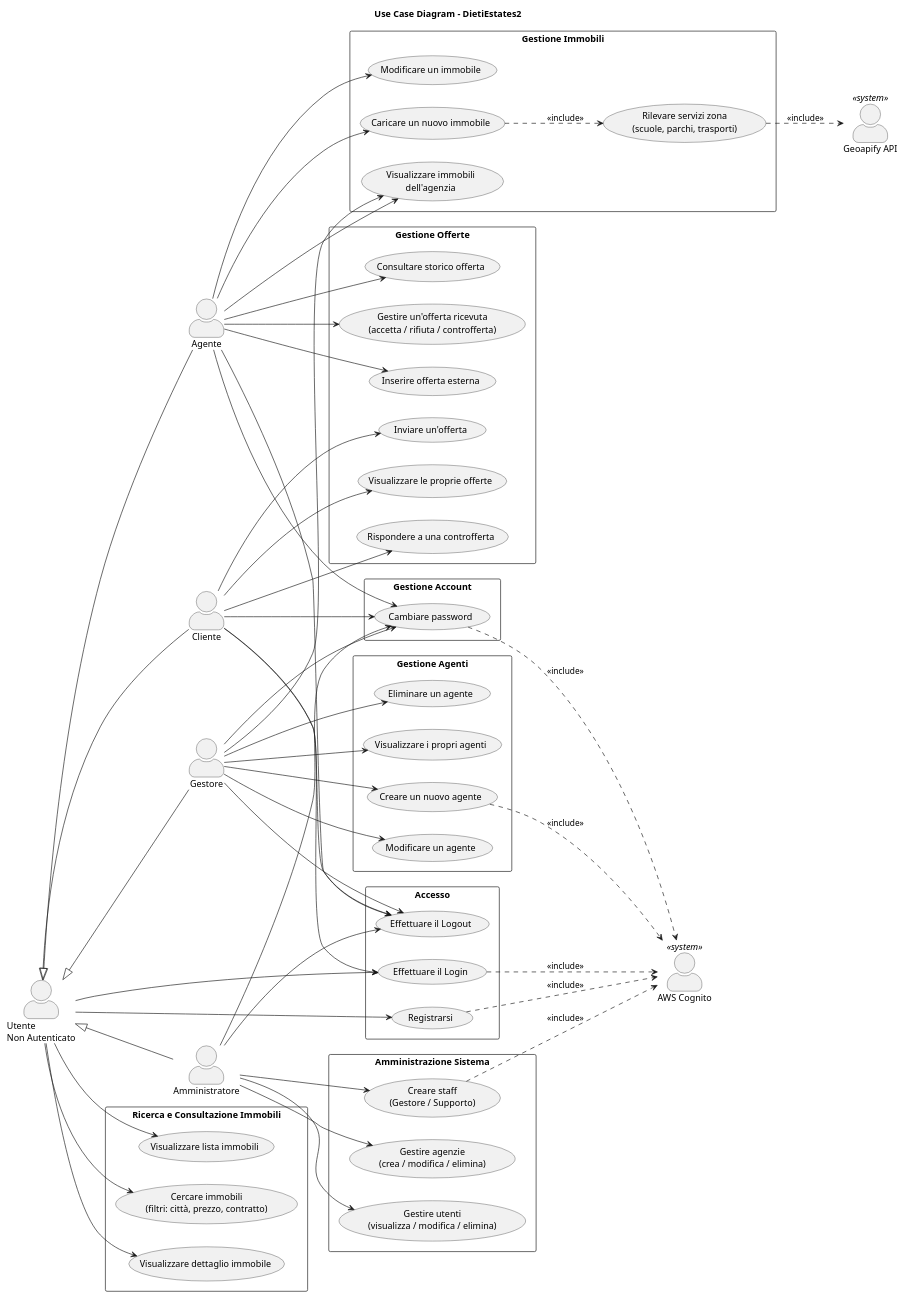
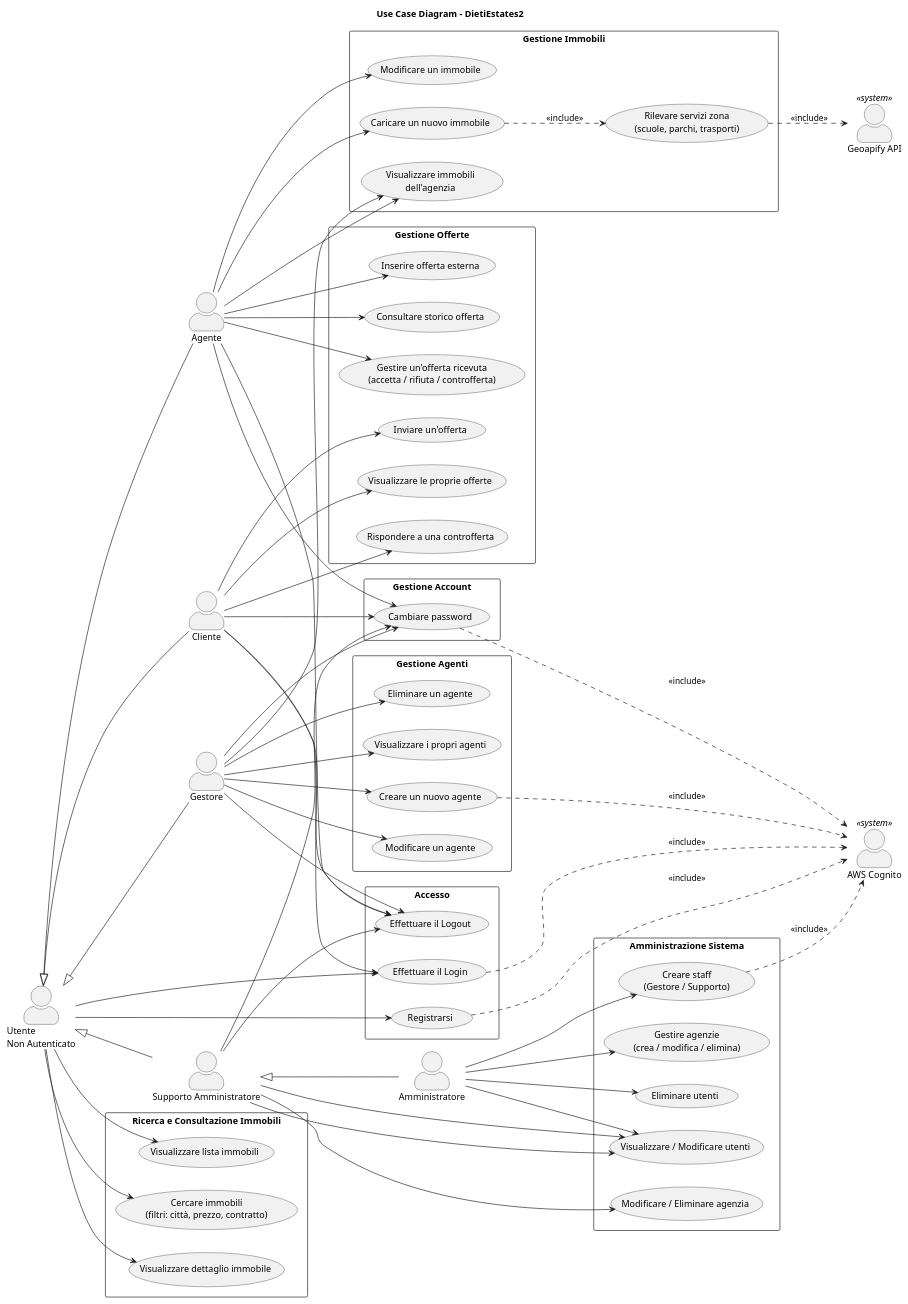
Before and after one commit to Frereri/ProgettoINGSW: the diagram in UML/Use Case Diagram/UC_DietiEstates2.puml, drawn with PlantUML. The commit also changed 99 other files, not shown here.

```diff
--- a/UML/Use Case Diagram/UC_DietiEstates2.puml
+++ b/UML/Use Case Diagram/UC_DietiEstates2.puml
@@ -1,122 +1,132 @@
 @startuml UC_DietiEstates2
 title Use Case Diagram – DietiEstates2
 
 left to right direction
 skinparam packageStyle rectangle
 skinparam actorStyle awesome
 
 actor "Utente\nNon Autenticato" as GUEST
 actor "Cliente" as CLI
 actor "Agente" as AGE
 actor "Gestore" as GES
 actor "Amministratore" as ADM
 actor "AWS Cognito" as COG <<system>>
 actor "Geoapify API" as GEO <<system>>
+actor "Supporto Amministratore" as SPP
 
 ' ─── ACCESSO ──────────────────────────────────────
 rectangle "Accesso" {
     usecase "Registrarsi" as UC_REG
     usecase "Effettuare il Login" as UC_LOGIN
     usecase "Effettuare il Logout" as UC_LOGOUT
 }
 
 ' ─── RICERCA IMMOBILI ─────────────────────────────
 rectangle "Ricerca e Consultazione Immobili" {
     usecase "Visualizzare lista immobili" as UC_LIST
     usecase "Cercare immobili\n(filtri: città, prezzo, contratto)" as UC_SEARCH
     usecase "Visualizzare dettaglio immobile" as UC_DETAIL
 }
 
 ' ─── OFFERTE ──────────────────────────────────────
 rectangle "Gestione Offerte" {
     usecase "Inviare un'offerta" as UC_OFFERTA
     usecase "Visualizzare le proprie offerte" as UC_MY_OFFERTE
     usecase "Rispondere a una controfferta" as UC_RISPOSTA
     usecase "Gestire un'offerta ricevuta\n(accetta / rifiuta / controfferta)" as UC_GESTISCI_OFF
     usecase "Inserire offerta esterna" as UC_OFF_EXT
     usecase "Consultare storico offerta" as UC_STORICO
 }
 
 ' ─── GESTIONE ACCOUNT ─────────────────────────────
 rectangle "Gestione Account" {
     usecase "Cambiare password" as UC_PWD
 }
 
 ' ─── GESTIONE IMMOBILI ────────────────────────────
 rectangle "Gestione Immobili" {
     usecase "Caricare un nuovo immobile" as UC_CARICA
     usecase "Modificare un immobile" as UC_EDIT_IMM
     usecase "Rilevare servizi zona\n(scuole, parchi, trasporti)" as UC_GEO
     usecase "Visualizzare immobili\ndell'agenzia" as UC_IMM_AGE
 }
 
 ' ─── GESTIONE STAFF ───────────────────────────────
 rectangle "Gestione Agenti" {
     usecase "Creare un nuovo agente" as UC_CREA_AGE
     usecase "Modificare un agente" as UC_EDIT_AGE
     usecase "Eliminare un agente" as UC_DEL_AGE
     usecase "Visualizzare i propri agenti" as UC_LIST_AGE
 }
 
 ' ─── AMMINISTRAZIONE ──────────────────────────────
 rectangle "Amministrazione Sistema" {
     usecase "Gestire agenzie\n(crea / modifica / elimina)" as UC_AGENZIE
-    usecase "Gestire utenti\n(visualizza / modifica / elimina)" as UC_UTENTI
+    usecase "Modificare / Eliminare agenzia" as UC_EDIT_AGENZIA
+    usecase "Visualizzare / Modificare utenti" as UC_UTENTI
+    usecase "Eliminare utenti" as UC_DEL_UTENTI
     usecase "Creare staff\n(Gestore / Supporto)" as UC_CREA_STAFF
 }
 
 ' ─── RELAZIONI GUEST ──────────────────────────────
 GUEST --> UC_REG
 GUEST --> UC_LOGIN
 GUEST --> UC_LIST
 GUEST --> UC_SEARCH
 GUEST --> UC_DETAIL
 GUEST <|-- CLI
 GUEST <|-- AGE
 GUEST <|-- GES
-GUEST <|-- ADM
+GUEST <|-- SPP
+
 
 ' ─── RELAZIONI CLIENTE ────────────────────────────
 CLI --> UC_LOGIN
 CLI --> UC_LOGOUT
 CLI --> UC_OFFERTA
 CLI --> UC_MY_OFFERTE
 CLI --> UC_RISPOSTA
 CLI --> UC_PWD
 
 ' ─── RELAZIONI AGENTE ─────────────────────────────
 AGE --> UC_LOGOUT
 AGE --> UC_CARICA
 AGE --> UC_EDIT_IMM
 AGE --> UC_IMM_AGE
 AGE --> UC_GESTISCI_OFF
 AGE --> UC_OFF_EXT
 AGE --> UC_STORICO
 AGE --> UC_PWD
 
 ' ─── RELAZIONI GESTORE ────────────────────────────
 GES --> UC_LOGOUT
 GES --> UC_CREA_AGE
 GES --> UC_EDIT_AGE
 GES --> UC_DEL_AGE
 GES --> UC_LIST_AGE
 GES --> UC_IMM_AGE
 GES --> UC_PWD
+' ─── RELAZIONI SUPPORTO AMMINISTRATORE ─────────────────────
+SPP --> UC_UTENTI
+SPP -->  UC_PWD
+SPP --> UC_LOGOUT
+SPP --> UC_UTENTI
+SPP --> UC_EDIT_AGENZIA
+SPP <|-- ADM
 
 ' ─── RELAZIONI AMMINISTRATORE ─────────────────────
-ADM --> UC_LOGOUT
 ADM --> UC_AGENZIE
 ADM --> UC_UTENTI
+ADM --> UC_DEL_UTENTI
 ADM --> UC_CREA_STAFF
-ADM --> UC_PWD
 
 ' ─── SISTEMI ESTERNI ──────────────────────────────
 UC_REG ..> COG : <<include>>
 UC_LOGIN ..> COG : <<include>>
 UC_PWD ..> COG : <<include>>
 UC_CREA_AGE ..> COG : <<include>>
 UC_CREA_STAFF ..> COG : <<include>>
 UC_CARICA ..> UC_GEO : <<include>>
 UC_GEO ..> GEO : <<include>>
 
 @enduml
```
